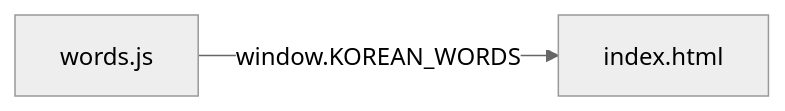
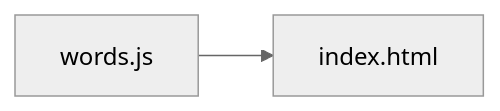
The diagram in docs/2_SYSTEM_ARCHITECTURE.md (cptntrps/korean-word-of-the-day), drawn with Mermaid (neutral theme) before and after one commit. The commit also changed other lines of this file and 5 other files, not shown here.

````diff
--- a/docs/2_SYSTEM_ARCHITECTURE.md
+++ b/docs/2_SYSTEM_ARCHITECTURE.md
@@ -43,4 +40,4 @@
 ```mermaid
 graph LR
-    words_js[words.js] -->|window.KOREAN_WORDS| index_html[index.html]
+    words_js[words.js] --> index_html[index.html]
 ```
````
